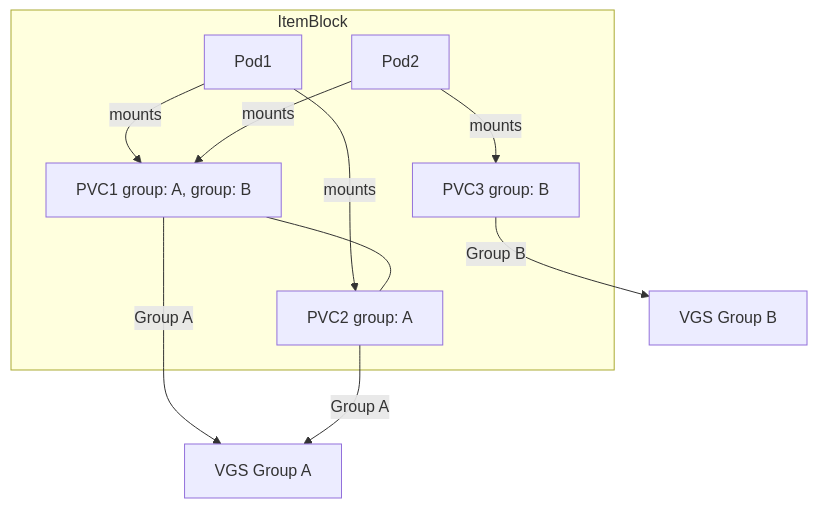
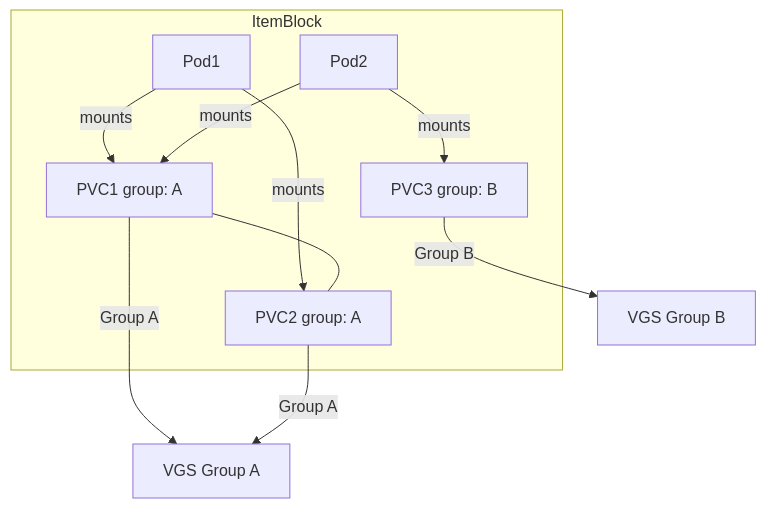
One commit to vmware-tanzu/velero changed the third of 4 diagrams in design/volume-group-snapshot.md. Above: the diagram before and after it, drawn with Mermaid. The commit also changed other lines of this file, not shown here.

Commit message:
update itemblock case 3

````diff
--- a/design/volume-group-snapshot.md
+++ b/design/volume-group-snapshot.md
@@ -111,25 +111,25 @@
 ```mermaid
 flowchart TD
     subgraph ItemBlock
         P1[Pod1]
         P2[Pod2]
-        PVC1[PVC1 group: A, group: B]
+        PVC1[PVC1 group: A]
         PVC2[PVC2 group: A]
         PVC3[PVC3 group: B]
     end
 
     %% Pod mount relationships
     P1 -->|mounts| PVC1
     P1 -->|mounts| PVC2
     P2 -->|mounts| PVC1
     P2 -->|mounts| PVC3
 
     %% Grouping for Group A: PVC1 and PVC2 are grouped into VGS_A
     PVC1 --- PVC2
     PVC1 -- "Group A" --> VGS_A[VGS Group A]
     PVC2 -- "Group A" --> VGS_A
 
     %% Grouping for Group B: PVC3 grouped into VGS_B
     PVC3 -- "Group B" --> VGS_B[VGS Group B]
     
 ```
````
